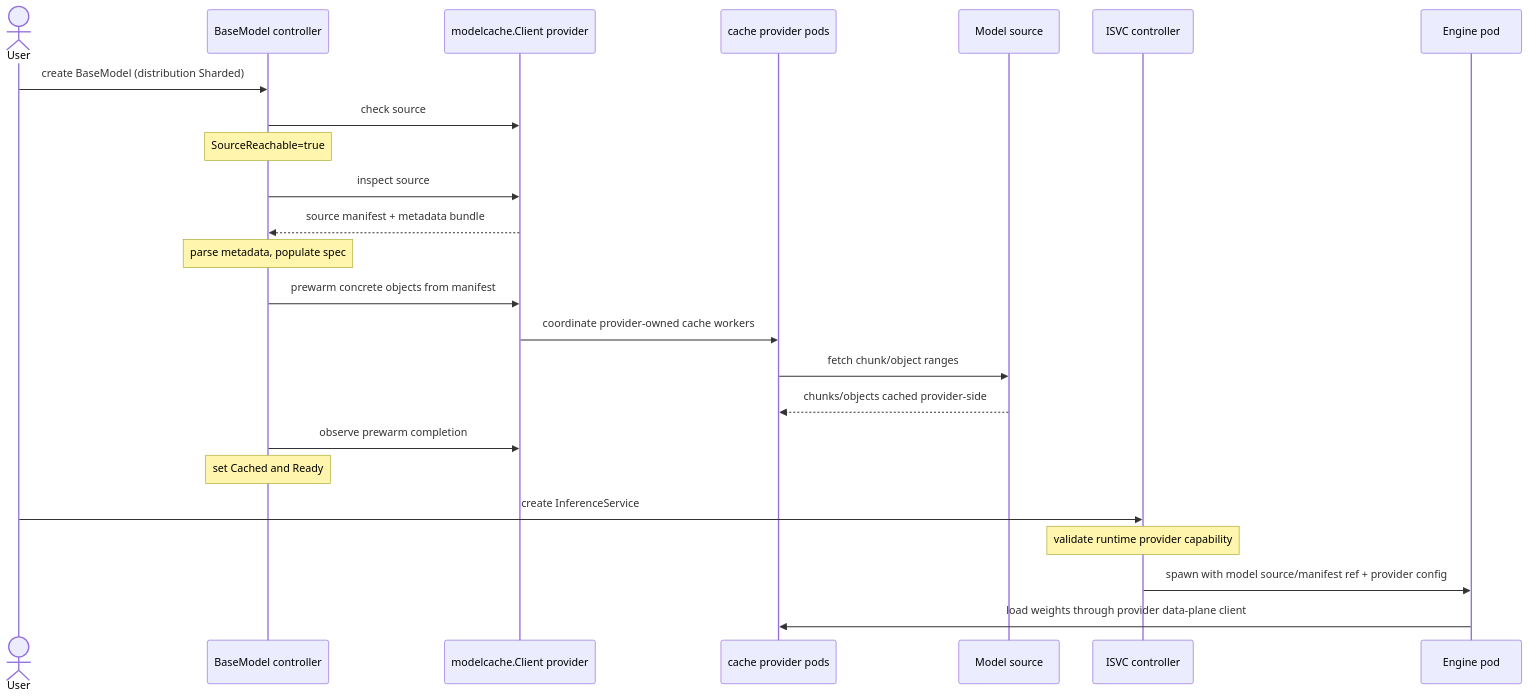
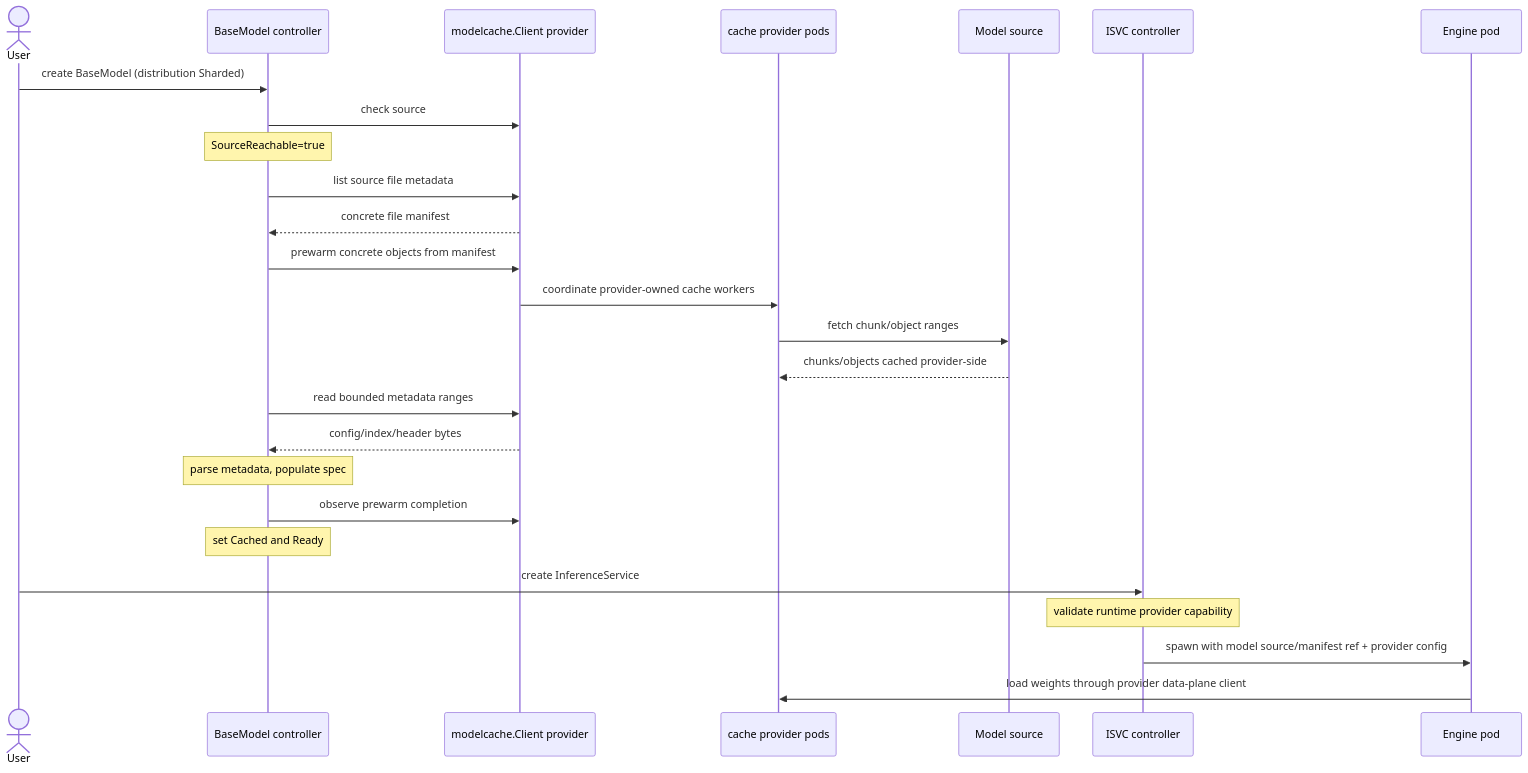
Before and after one commit to shaodianwang/ome: the diagram in oeps/0009-ome-cluster-cache-integration/README.md, drawn with Mermaid. The commit also changed other lines of this file and 56 other files, not shown here.

````diff
--- a/oeps/0009-ome-cluster-cache-integration/README.md
+++ b/oeps/0009-ome-cluster-cache-integration/README.md
@@ -541,28 +673,30 @@
 ```mermaid
 sequenceDiagram
     actor U as User
     participant BMC as BaseModel controller
     participant MCP as modelcache.Client provider
     participant CACHE as cache provider pods
     participant SRC as Model source
     participant ISVC as ISVC controller
     participant ENG as Engine pod
 
     U->>BMC: create BaseModel (distribution Sharded)
     BMC->>MCP: check source
     Note over BMC: SourceReachable=true
-    BMC->>MCP: inspect source
-    MCP-->>BMC: source manifest + metadata bundle
-    Note over BMC: parse metadata, populate spec
+    BMC->>MCP: list source file metadata
+    MCP-->>BMC: concrete file manifest
     BMC->>MCP: prewarm concrete objects from manifest
     MCP->>CACHE: coordinate provider-owned cache workers
     CACHE->>SRC: fetch chunk/object ranges
     SRC-->>CACHE: chunks/objects cached provider-side
+    BMC->>MCP: read bounded metadata ranges
+    MCP-->>BMC: config/index/header bytes
+    Note over BMC: parse metadata, populate spec
     BMC->>MCP: observe prewarm completion
     Note over BMC: set Cached and Ready
 
     U->>ISVC: create InferenceService
     Note over ISVC: validate runtime provider capability
     ISVC->>ENG: spawn with model source/manifest ref + provider config
     ENG->>CACHE: load weights through provider data-plane client
 ```
````
